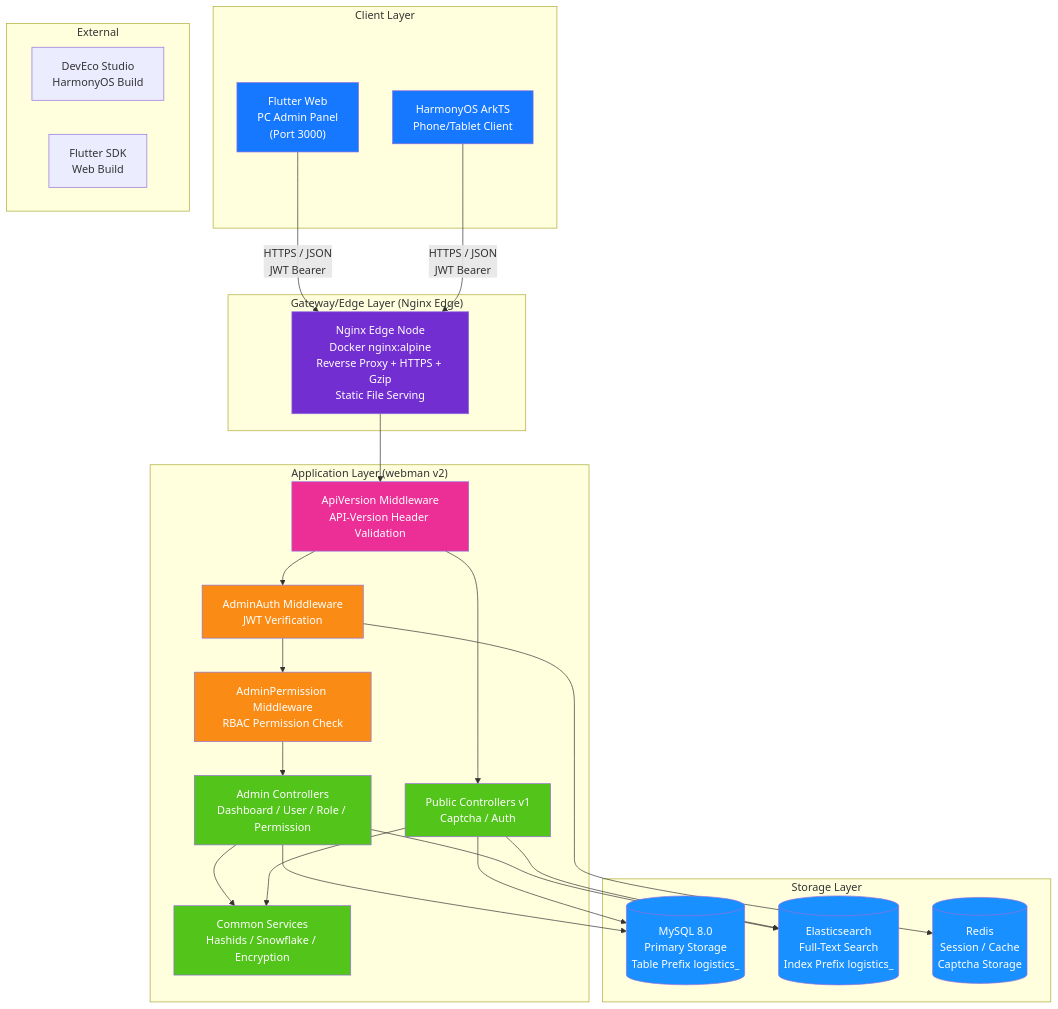
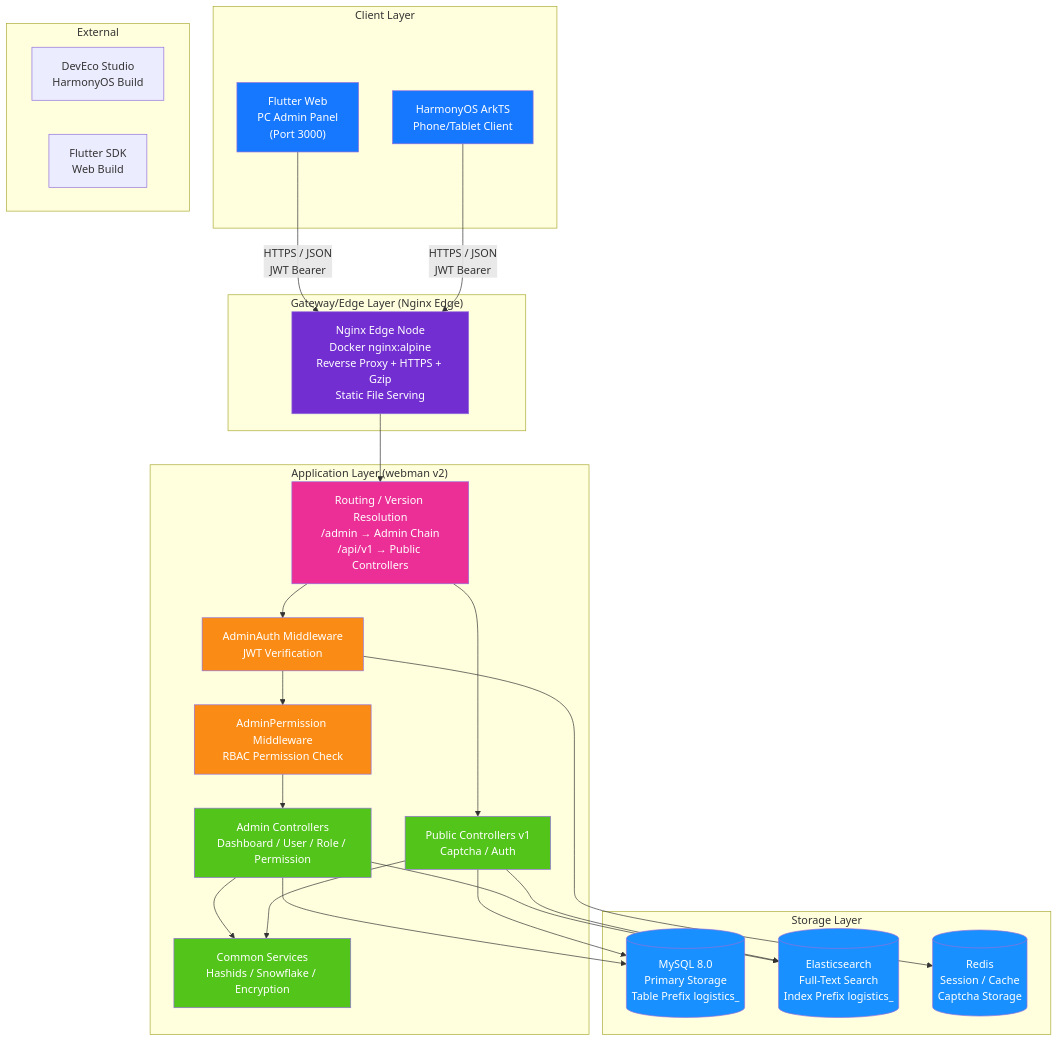
The first of 14 diagrams in admin/docs/ARCHITECTURE.en.md (erikwang2013/integrated-global-logistics), drawn with Mermaid before and after one commit. The commit also changed other lines of this file and 147 other files, not shown here.

First line of the commit message:
feat(api): API 版本号移入 URL 路径（/api/v1），移除 API-Version 头机制

````diff
--- a/admin/docs/ARCHITECTURE.en.md
+++ b/admin/docs/ARCHITECTURE.en.md
@@ -13,59 +13,59 @@
 ```mermaid
 flowchart TB
     subgraph "Client Layer"
         A1["Flutter Web<br/>PC Admin Panel<br/>(Port 3000)"]
         A2["HarmonyOS ArkTS<br/>Phone/Tablet Client"]
     end
 
     subgraph "Gateway/Edge Layer (Nginx Edge)"
         B1["Nginx Edge Node<br/>Docker nginx:alpine<br/>Reverse Proxy + HTTPS + Gzip<br/>Static File Serving"]
     end
 
     subgraph "Application Layer (webman v2)"
-        C0["ApiVersion Middleware<br/>API-Version Header Validation"]
+        C0["Routing / Version Resolution<br/>/admin → Admin Chain<br/>/api/v1 → Public Controllers"]
         C1["AdminAuth Middleware<br/>JWT Verification"]
         C2["AdminPermission Middleware<br/>RBAC Permission Check"]
         C3["Admin Controllers<br/>Dashboard / User / Role / Permission"]
         C4["Public Controllers v1<br/>Captcha / Auth"]
         C5["Common Services<br/>Hashids / Snowflake / Encryption"]
     end
 
     subgraph "Storage Layer"
         D1[("MySQL 8.0<br/>Primary Storage<br/>Table Prefix logistics_")]
         D2[("Elasticsearch<br/>Full-Text Search<br/>Index Prefix logistics_")]
         D3[("Redis<br/>Session / Cache<br/>Captcha Storage")]
     end
 
     subgraph "External"
         E1["DevEco Studio<br/>HarmonyOS Build"]
         E2["Flutter SDK<br/>Web Build"]
     end
 
     A1 -->|"HTTPS / JSON<br/>JWT Bearer"| B1
     A2 -->|"HTTPS / JSON<br/>JWT Bearer"| B1
     B1 --> C0
     C0 --> C1
     C1 --> C2
     C2 --> C3
     C0 --> C4
     C3 --> C5
     C4 --> C5
     C3 --> D1
     C4 --> D1
     C3 --> D2
     C4 --> D2
     C1 --> D3
 
     style A1 fill:#1677FF,color:#fff
     style A2 fill:#1677FF,color:#fff
     style B1 fill:#722ED1,color:#fff
     style C0 fill:#EB2F96,color:#fff
     style C1 fill:#FA8C16,color:#fff
     style C2 fill:#FA8C16,color:#fff
     style C3 fill:#52C41A,color:#fff
     style C4 fill:#52C41A,color:#fff
     style C5 fill:#52C41A,color:#fff
     style D1 fill:#1890FF,color:#fff
     style D2 fill:#1890FF,color:#fff
     style D3 fill:#1890FF,color:#fff
 ```
````
